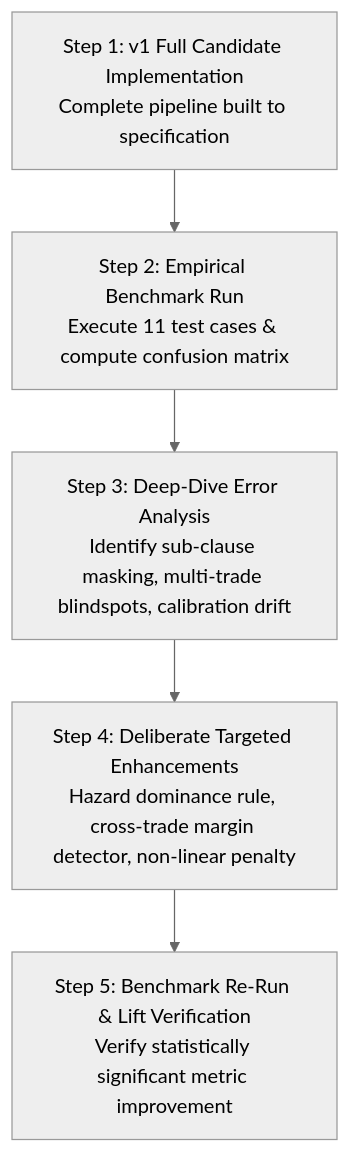
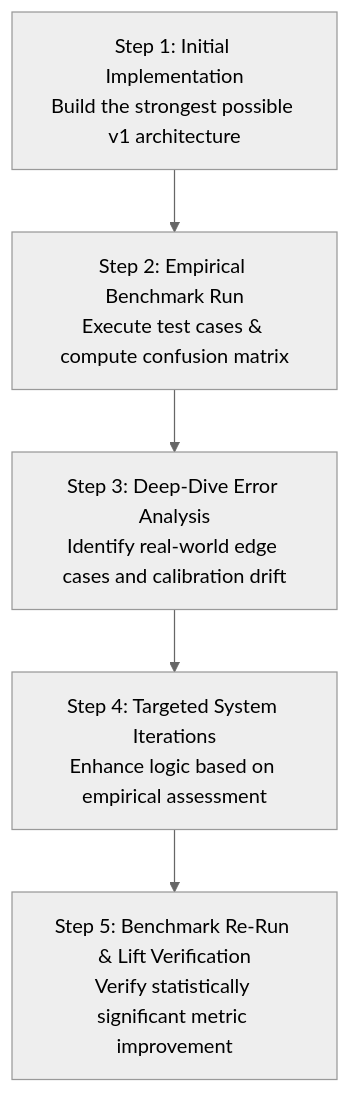
Before and after one commit to adi-wayn/agentic-service-router: the third of 3 diagrams in docs/requirements/SRS_Service_Request_Router_Agent_v4_3.md, drawn with Mermaid (neutral theme). The commit also changed other lines of this file and 5 other files, not shown here.

````diff
--- a/docs/requirements/SRS_Service_Request_Router_Agent_v4_3.md
+++ b/docs/requirements/SRS_Service_Request_Router_Agent_v4_3.md
@@ -403,7 +401,7 @@
 ```mermaid
 flowchart TD
-    A[Step 1: v1 Full Candidate Implementation<br/>Complete pipeline built to specification] --> B[Step 2: Empirical Benchmark Run<br/>Execute 11 test cases & compute confusion matrix]
-    B --> C[Step 3: Deep-Dive Error Analysis<br/>Identify sub-clause masking, multi-trade blindspots, calibration drift]
-    C --> D[Step 4: Deliberate Targeted Enhancements<br/>Hazard dominance rule, cross-trade margin detector, non-linear penalty]
+    A[Step 1: Initial Implementation<br/>Build the strongest possible v1 architecture] --> B[Step 2: Empirical Benchmark Run<br/>Execute test cases & compute confusion matrix]
+    B --> C[Step 3: Deep-Dive Error Analysis<br/>Identify real-world edge cases and calibration drift]
+    C --> D[Step 4: Targeted System Iterations<br/>Enhance logic based on empirical assessment]
     D --> E[Step 5: Benchmark Re-Run & Lift Verification<br/>Verify statistically significant metric improvement]
 ```
````
